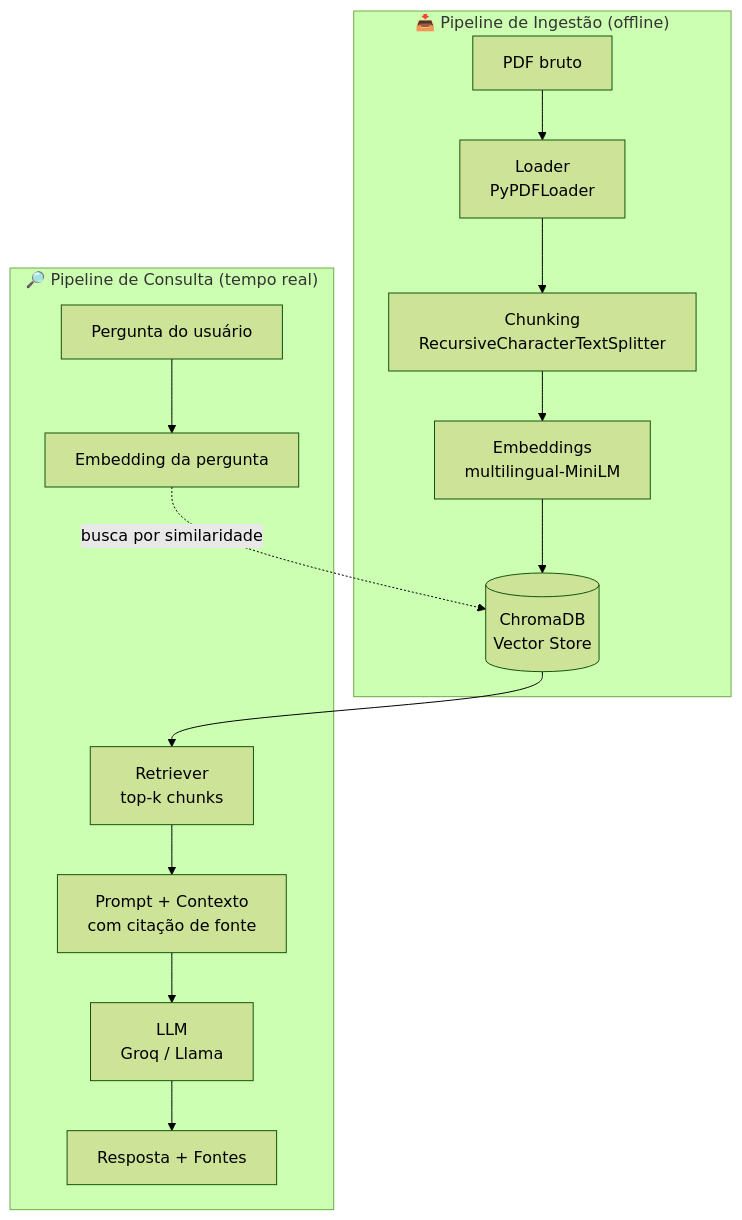
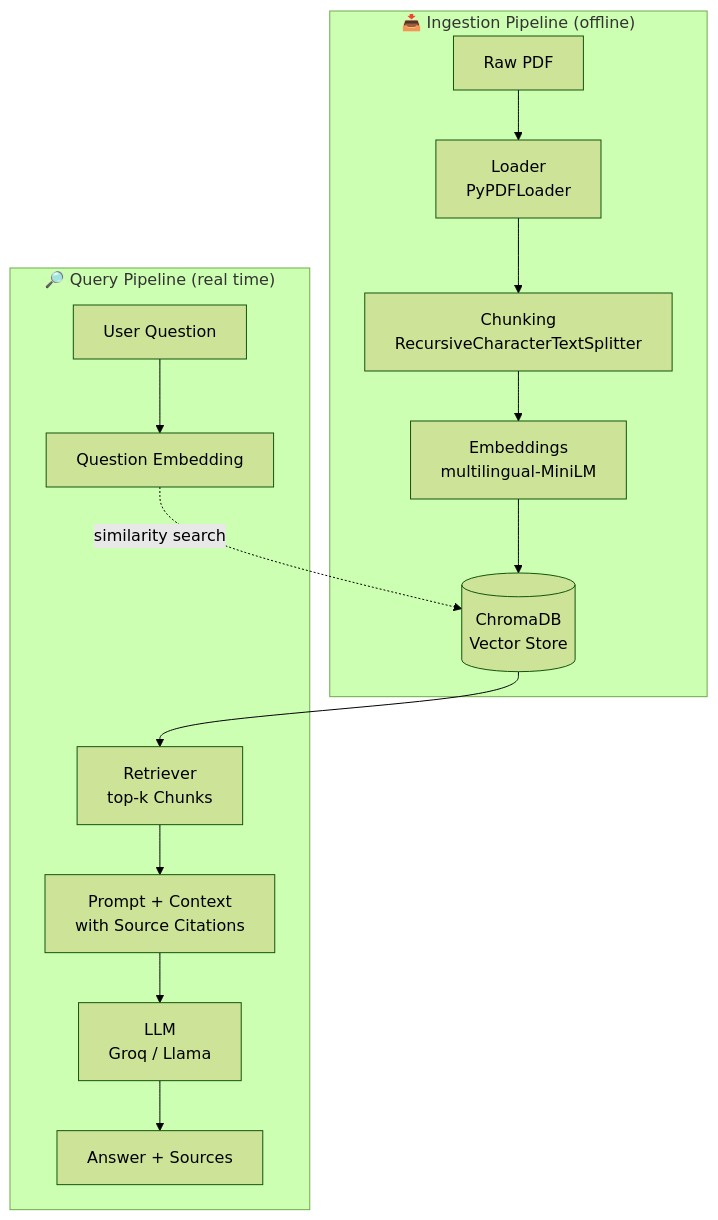
One commit to giuliabugatti09/rag-pdf-qa-system changed the diagram in README.md. Above: the diagram before and after it, drawn with Mermaid (forest theme). The commit also changed other lines of this file, not shown here.

````diff
--- a/README.md
+++ b/README.md
@@ -21,18 +22,18 @@
 ```mermaid
 flowchart TB
-    subgraph Ingestão["📥 Pipeline de Ingestão (offline)"]
-        A[PDF bruto] --> B[Loader<br/>PyPDFLoader]
+    subgraph Ingestion["📥 Ingestion Pipeline (offline)"]
+        A[Raw PDF] --> B[Loader<br/>PyPDFLoader]
         B --> C[Chunking<br/>RecursiveCharacterTextSplitter]
         C --> D[Embeddings<br/>multilingual-MiniLM]
         D --> E[(ChromaDB<br/>Vector Store)]
     end
 
-    subgraph Consulta["🔎 Pipeline de Consulta (tempo real)"]
-        F[Pergunta do usuário] --> G[Embedding da pergunta]
-        G -.busca por similaridade.-> E
-        E --> H[Retriever<br/>top-k chunks]
-        H --> I[Prompt + Contexto<br/>com citação de fonte]
+    subgraph Retrieval["🔎 Query Pipeline (real time)"]
+        F[User Question] --> G[Question Embedding]
+        G -.similarity search.-> E
+        E --> H[Retriever<br/>top-k Chunks]
+        H --> I[Prompt + Context<br/>with Source Citations]
         I --> J[LLM<br/>Groq / Llama]
-        J --> K[Resposta + Fontes]
+        J --> K[Answer + Sources]
     end
 ```
````
